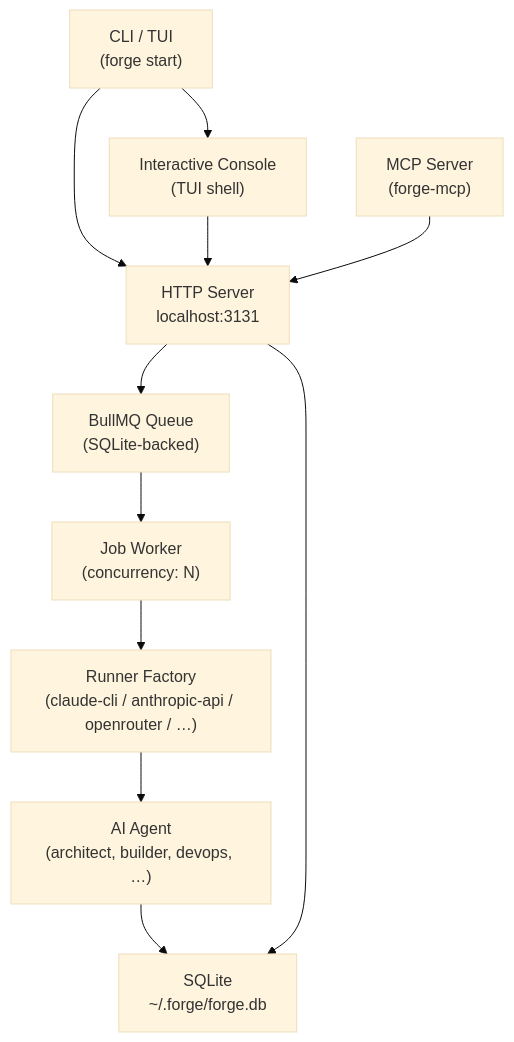
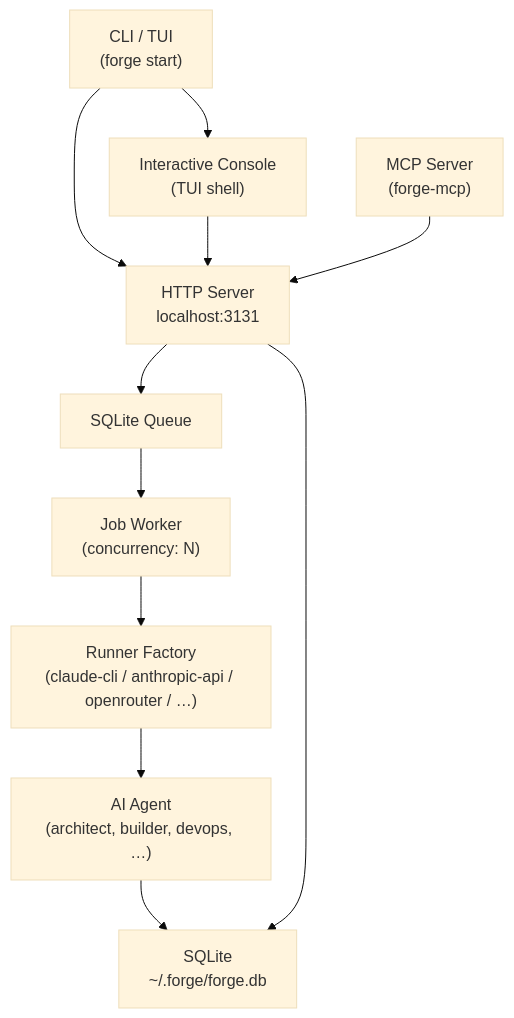
One commit to halilozdemr/forge changed the diagram in README.md. Above: the diagram before and after it, drawn with Mermaid (base theme). The commit also changed other lines of this file and 56 other files, not shown here.

````diff
--- a/README.md
+++ b/README.md
@@ -216,13 +215,13 @@
 ```mermaid
 graph TD
     CLI["CLI / TUI<br/>(forge start)"] --> Server["HTTP Server<br/>localhost:3131"]
     CLI --> Console["Interactive Console<br/>(TUI shell)"]
     Console --> Server
-    Server --> Queue["BullMQ Queue<br/>(SQLite-backed)"]
+    Server --> Queue["SQLite Queue"]
     Queue --> Worker["Job Worker<br/>(concurrency: N)"]
     Worker --> Runner["Runner Factory<br/>(claude-cli / anthropic-api / openrouter / …)"]
     Runner --> Agent["AI Agent<br/>(architect, builder, devops, …)"]
     Agent --> DB["SQLite<br/>~/.forge/forge.db"]
     Server --> DB
     MCP["MCP Server<br/>(forge-mcp)"] --> Server
 ```
````
